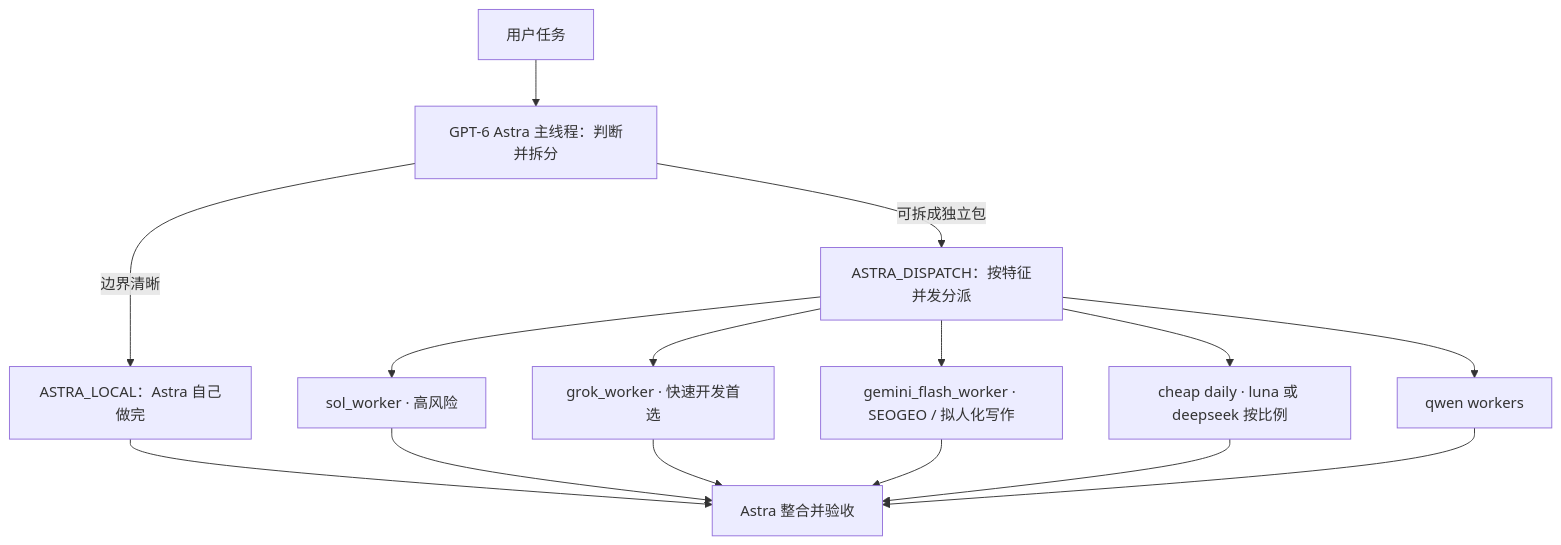
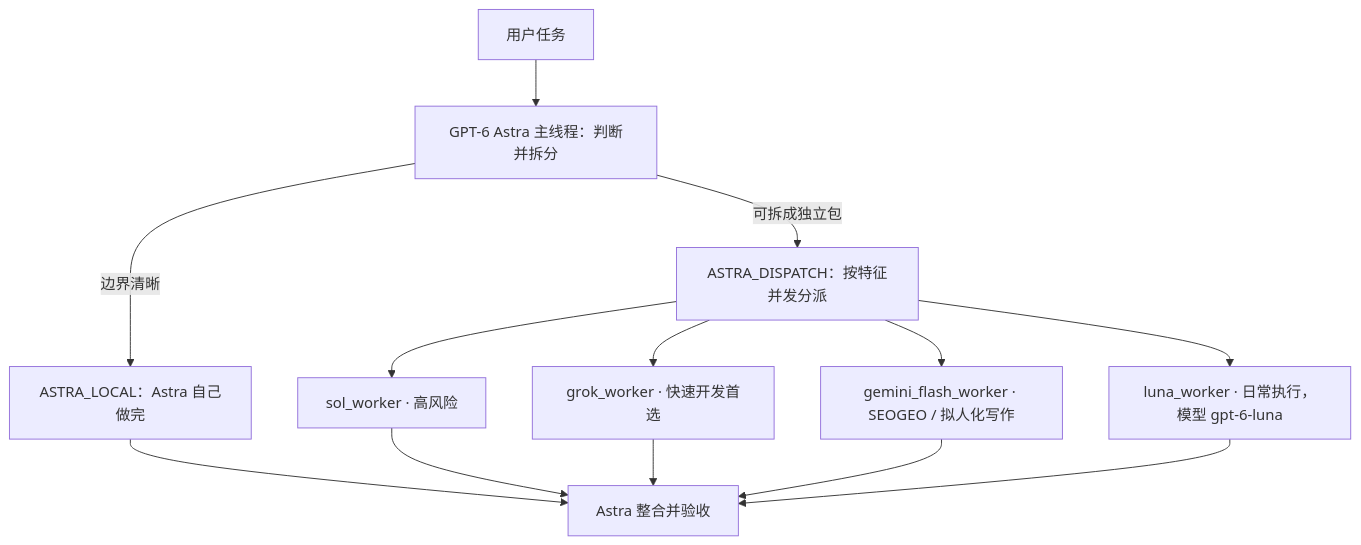
One commit to Masikomoore/astra-multi-agent-cluster-workflow changed the diagram in README.md. Above: the diagram before and after it, drawn with Mermaid. The commit also changed other lines of this file and 18 other files, not shown here.

First line of the commit message:
Route workers by task category; switch sol to gpt-6.1-sol and luna to gpt-6-luna

````diff
--- a/README.md
+++ b/README.md
@@ -30,17 +30,15 @@
 ```mermaid
 flowchart TD
     U["用户任务"] --> A["GPT-6 Astra 主线程：判断并拆分"]
     A -->|边界清晰| E["ASTRA_LOCAL：Astra 自己做完"]
     A -->|可拆成独立包| P["ASTRA_DISPATCH：按特征并发分派"]
     P --> S1["sol_worker · 高风险"]
     P --> S2["grok_worker · 快速开发首选"]
     P --> S3["gemini_flash_worker · SEOGEO / 拟人化写作"]
-    P --> S4["cheap daily · luna 或 deepseek 按比例"]
-    P --> S5["qwen workers"]
+    P --> S4["luna_worker · 日常执行，模型 gpt-6-luna"]
     E --> V["Astra 整合并验收"]
     S1 --> V
     S2 --> V
     S3 --> V
     S4 --> V
-    S5 --> V
 ```
````
